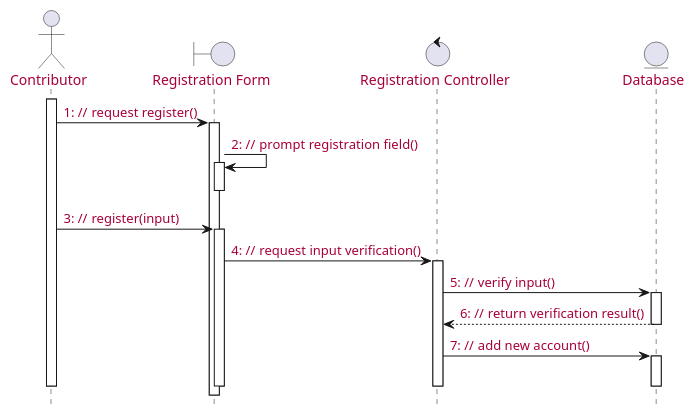
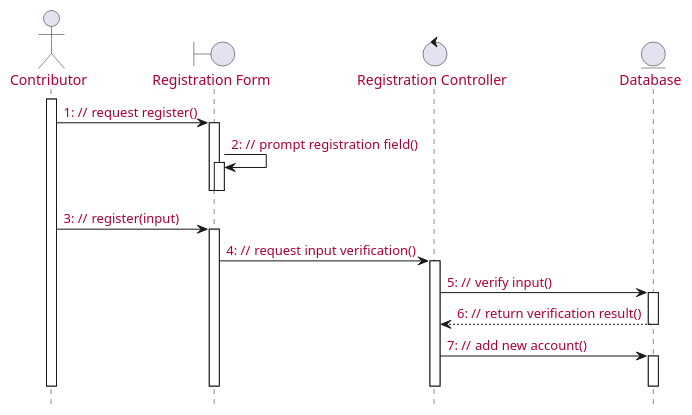
The first of 10 diagrams in source/solution/use-case-analysis.rst (McSinyx/ipppi), drawn with PlantUML before and after one commit. The commit also changed other lines of this file, not shown here.

```diff
--- a/source/solution/use-case-analysis.rst
+++ b/source/solution/use-case-analysis.rst
@@ -13,27 +13,28 @@
 .. uml::
 
    skinparam defaultFontColor #a80036
    autonumber "#: //"
    autoactivate on
    hide footbox
 
    actor Contributor
    boundary "Registration Form" as RF
    control "Registration Controller" as RC
    entity Database
 
    activate Contributor
    Contributor -> RF : request register()
    RF -> RF : prompt registration field()
    deactivate RF
+   deactivate RF
 
    Contributor -> RF : register(input)
    RF -> RC : request input verification()
    RC -> Database : verify input()
    Database --> RC : return verification result()
 
    RC -> Database : add new account()
    deactivate Database
    deactivate RC
    deactivate RF
    deactivate Contributor
```
